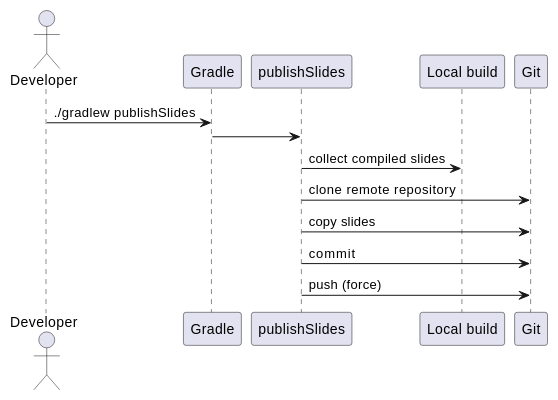
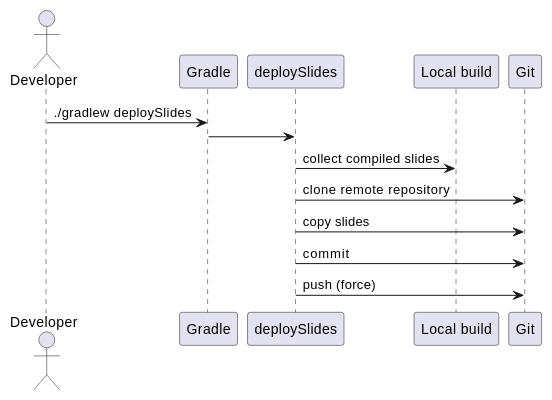
Before and after one commit to cheroliv/slider-gradle: the sixth of 10 diagrams in README_truth.adoc, drawn with PlantUML. The commit also changed other lines of this file and 13 other files, not shown here.

Commit message:
EPIC K K-1: renommage taxonomie (generateSlides, generateDashboard, deploySlides, generateCapsule, generateDeckContext, collectRagIndex) + groupes

```diff
--- a/README_truth.adoc
+++ b/README_truth.adoc
@@ -434,19 +434,19 @@
 [plantuml]
 ----
 @startuml
 actor Developer
 
 participant Gradle
-participant publishSlides
+participant deploySlides
 participant "Local build"
 participant Git
 
-Developer -> Gradle : ./gradlew publishSlides
-Gradle -> publishSlides
-publishSlides -> "Local build" : collect compiled slides
-publishSlides -> Git : clone remote repository
-publishSlides -> Git : copy slides
-publishSlides -> Git : commit
-publishSlides -> Git : push (force)
+Developer -> Gradle : ./gradlew deploySlides
+Gradle -> deploySlides
+deploySlides -> "Local build" : collect compiled slides
+deploySlides -> Git : clone remote repository
+deploySlides -> Git : copy slides
+deploySlides -> Git : commit
+deploySlides -> Git : push (force)
 @enduml
 ----
```
